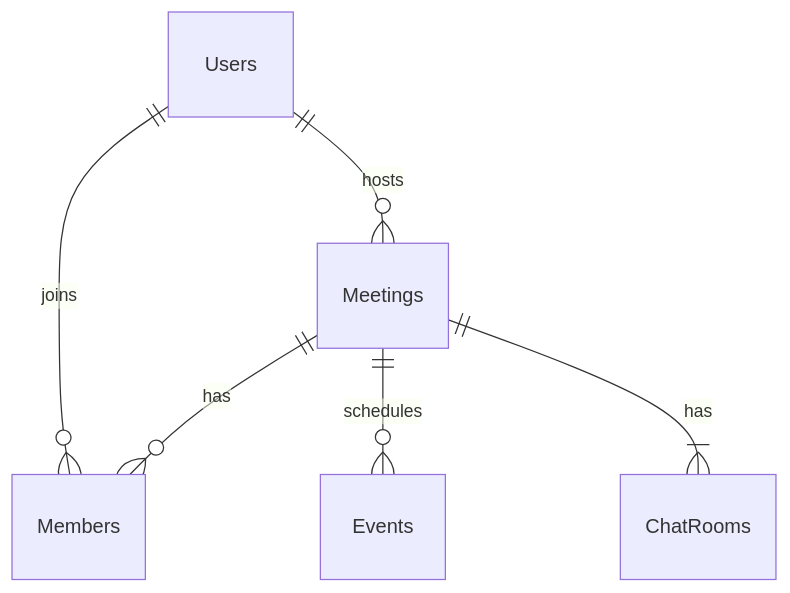
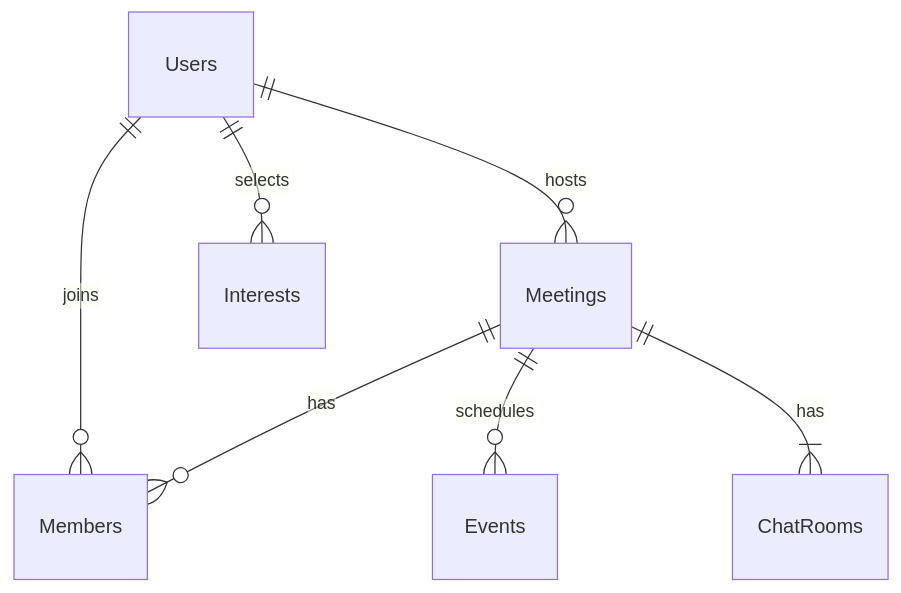
The second of 3 diagrams in README.md (Younjin9/aidea), drawn with Mermaid before and after one commit. The commit also changed other lines of this file, not shown here.

````diff
--- a/README.md
+++ b/README.md
@@ -209,8 +135,10 @@
 ```mermaid
 erDiagram
     Users ||--o{ Members : joins
     Meetings ||--o{ Members : has
     Meetings ||--o{ Events : schedules
     Meetings ||--|{ ChatRooms : has
     Users ||--o{ Meetings : hosts
+    Users ||--o{ Interests : selects
+
 ```
````
